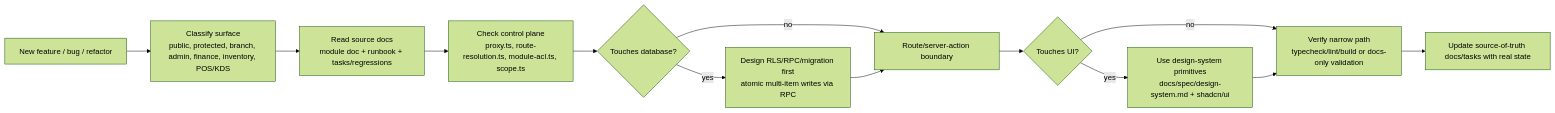
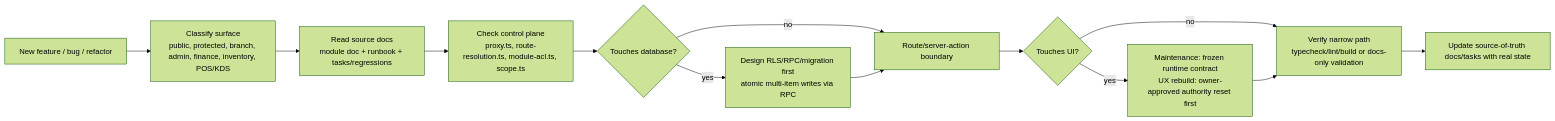
Before and after one commit to comtammatu/comtammatu: the second of 6 diagrams in docs/CODEBASE_MAP.md, drawn with Mermaid (forest theme). The commit also changed other lines of this file and 136 other files, not shown here.

````diff
--- a/docs/CODEBASE_MAP.md
+++ b/docs/CODEBASE_MAP.md
@@ -93,15 +95,15 @@
 ```mermaid
 flowchart LR
     request["New feature / bug / refactor"] --> classify["Classify surface<br/>public, protected, branch, admin, finance, inventory, POS/KDS"]
     classify --> docs["Read source docs<br/>module doc + runbook + tasks/regressions"]
     docs --> auth["Check control plane<br/>proxy.ts, route-resolution.ts, module-acl.ts, scope.ts"]
     auth --> data{"Touches database?"}
     data -->|yes| rpc["Design RLS/RPC/migration first<br/>atomic multi-item writes via RPC"]
     data -->|no| route["Route/server-action boundary"]
     rpc --> route
     route --> ui{"Touches UI?"}
-    ui -->|yes| design["Use design-system primitives<br/>docs/spec/design-system.md + shadcn/ui"]
+    ui -->|yes| design["Maintenance: frozen runtime contract<br/>UX rebuild: owner-approved authority reset first"]
     ui -->|no| verify
     design --> verify["Verify narrow path<br/>typecheck/lint/build or docs-only validation"]
     verify --> update["Update source-of-truth docs/tasks with real state"]
 ```
````
